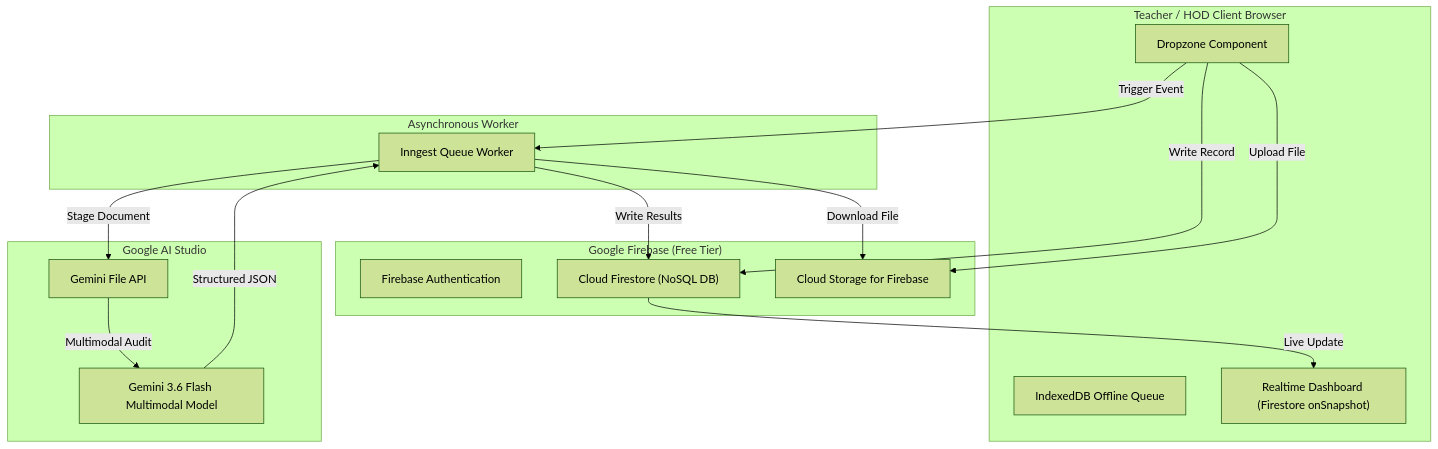
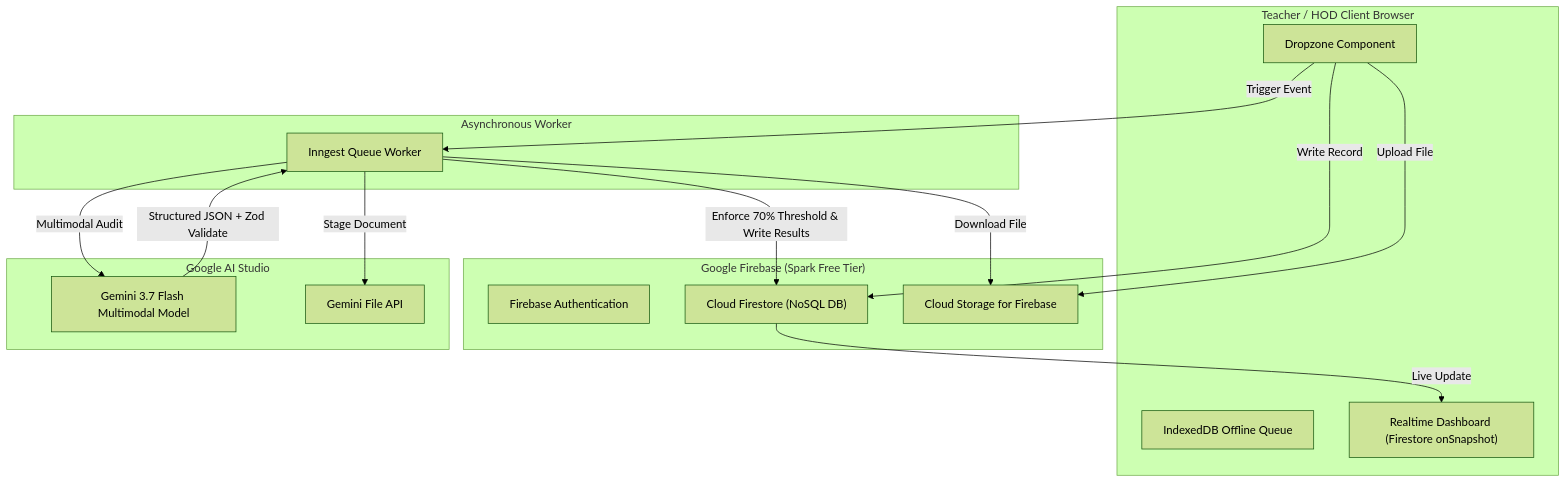
One commit to incredibleHeck/lpauditor changed the diagram in PROJECT_STATUS_AND_HANDOVER.md. Above: the diagram before and after it, drawn with Mermaid (forest theme). The commit also changed other lines of this file and 94 other files, not shown here.

````diff
--- a/PROJECT_STATUS_AND_HANDOVER.md
+++ b/PROJECT_STATUS_AND_HANDOVER.md
@@ -49,33 +54,33 @@
 ```mermaid
 flowchart TD
     subgraph Client["Teacher / HOD Client Browser"]
         Dropzone["Dropzone Component"]
         OfflineQueue["IndexedDB Offline Queue"]
         Dashboard["Realtime Dashboard (Firestore onSnapshot)"]
     end
 
-    subgraph Firebase["Google Firebase (Free Tier)"]
+    subgraph Firebase["Google Firebase (Spark Free Tier)"]
         Auth["Firebase Authentication"]
         Firestore["Cloud Firestore (NoSQL DB)"]
         Storage["Cloud Storage for Firebase"]
     end
 
     subgraph Worker["Asynchronous Worker"]
         Inngest["Inngest Queue Worker"]
     end
 
     subgraph AI["Google AI Studio"]
-        Gemini["Gemini 3.6 Flash Multimodal Model"]
+        Gemini["Gemini 3.7 Flash Multimodal Model"]
         FileAPI["Gemini File API"]
     end
 
     Dropzone -->|Upload File| Storage
     Dropzone -->|Write Record| Firestore
     Dropzone -->|Trigger Event| Inngest
     Inngest -->|Download File| Storage
     Inngest -->|Stage Document| FileAPI
-    FileAPI -->|Multimodal Audit| Gemini
-    Gemini -->|Structured JSON| Inngest
-    Inngest -->|Write Results| Firestore
+    Inngest -->|Multimodal Audit| Gemini
+    Gemini -->|Structured JSON + Zod Validate| Inngest
+    Inngest -->|Enforce 70% Threshold & Write Results| Firestore
     Firestore -->|Live Update| Dashboard
 ```
````
